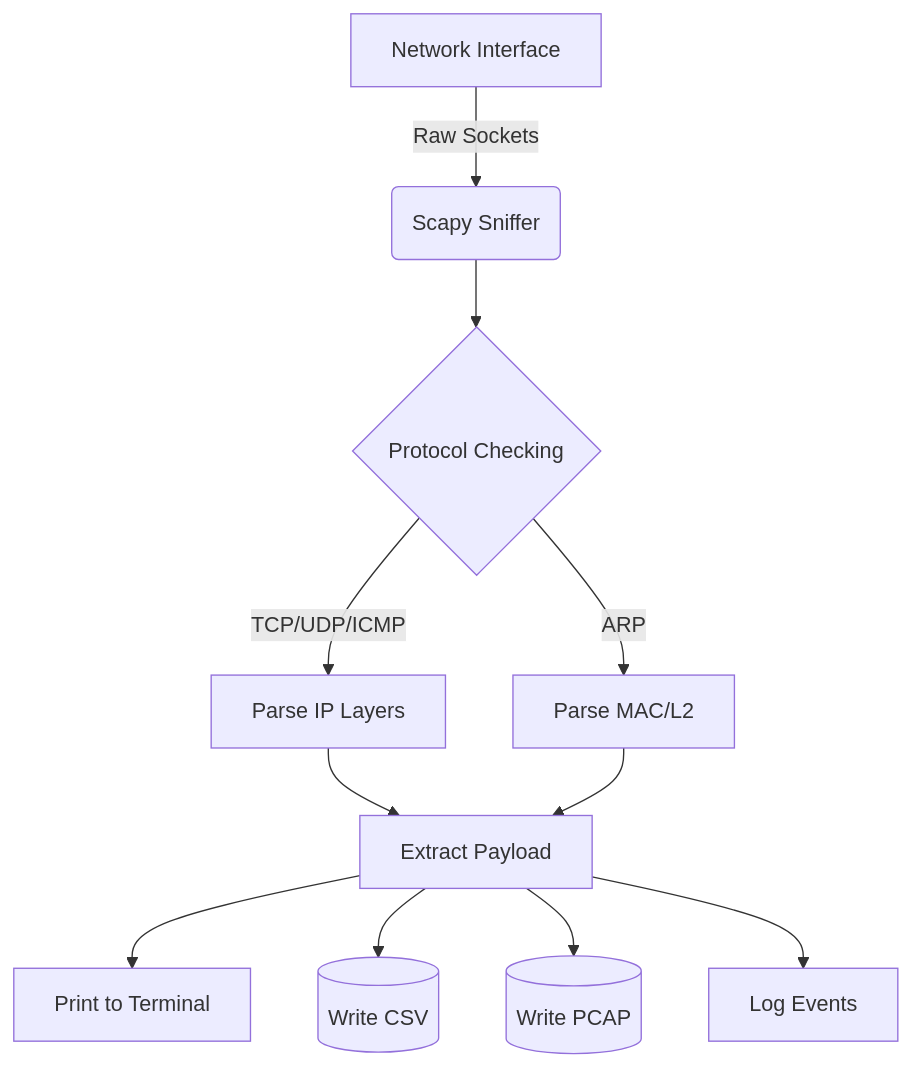
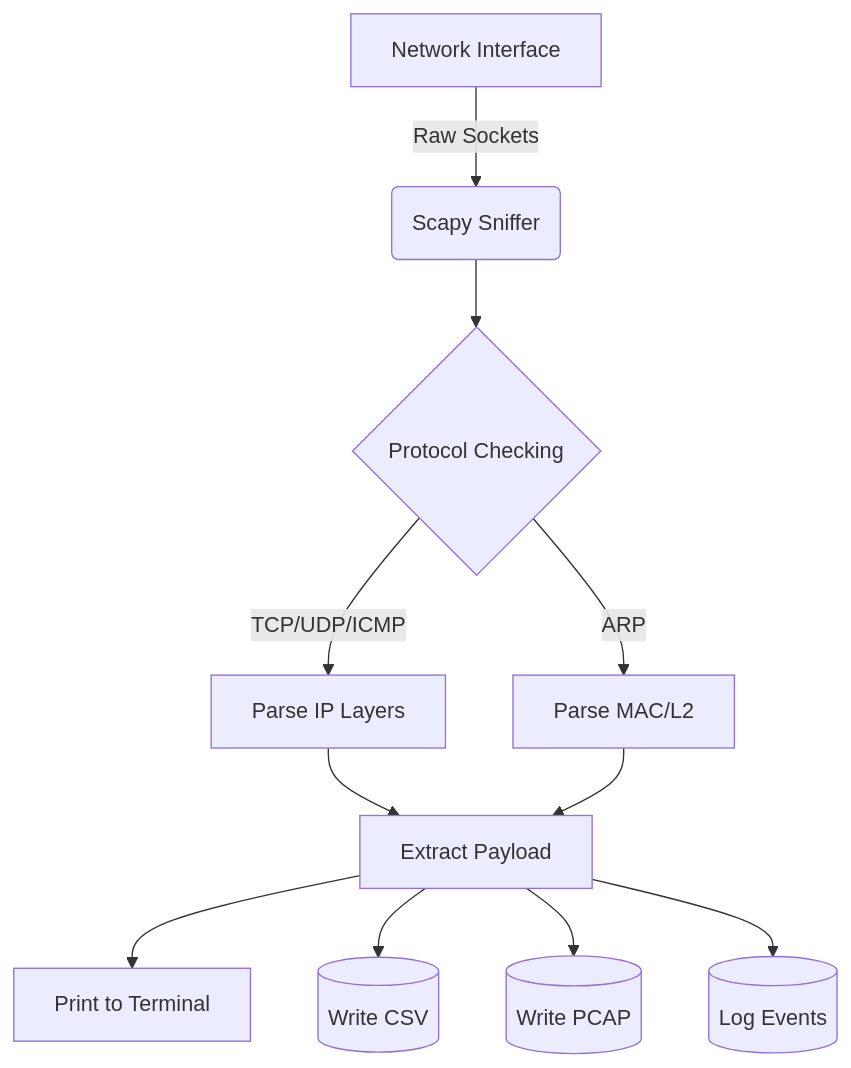
One commit to amrit-verse/sniffer changed the diagram in README.md. Above: the diagram before and after it, drawn with Mermaid. The commit also changed other lines of this file and 2 other files, not shown here.

````diff
--- a/README.md
+++ b/README.md
@@ -33,13 +33,13 @@
 ```mermaid
 graph TD
     A[Network Interface] -->|Raw Sockets| B(Scapy Sniffer)
     B --> C{Protocol Checking}
     C -->|TCP/UDP/ICMP| D[Parse IP Layers]
     C -->|ARP| E[Parse MAC/L2]
     D --> F[Extract Payload]
     E --> F
     F --> G[Print to Terminal]
     F --> H[(Write CSV)]
     F --> I[(Write PCAP)]
-    F --> J[Log Events]
+    F --> J[(Log Events)]
 ```
````
